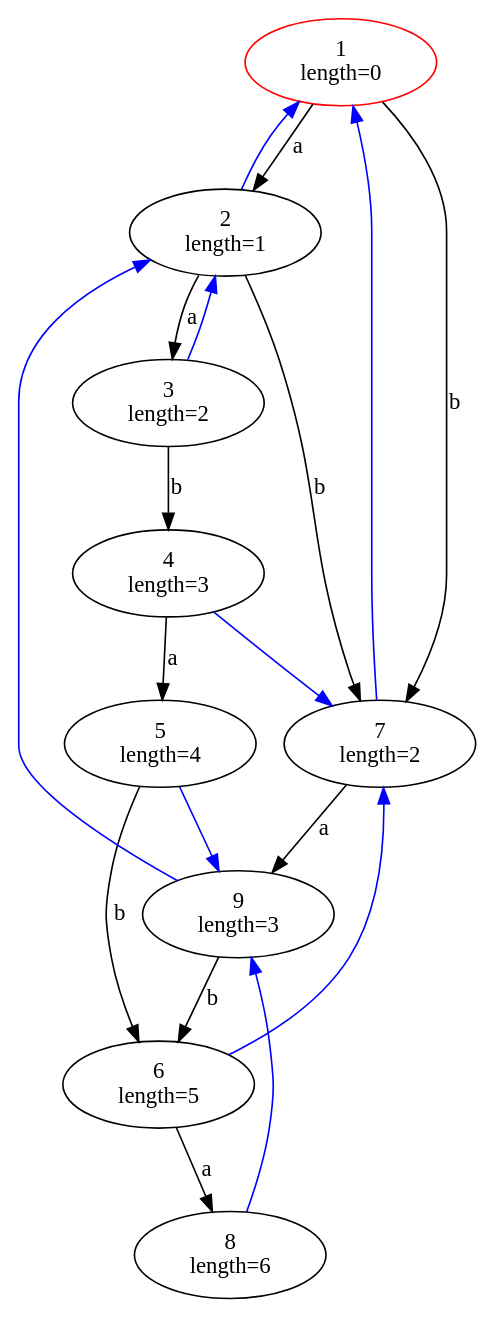
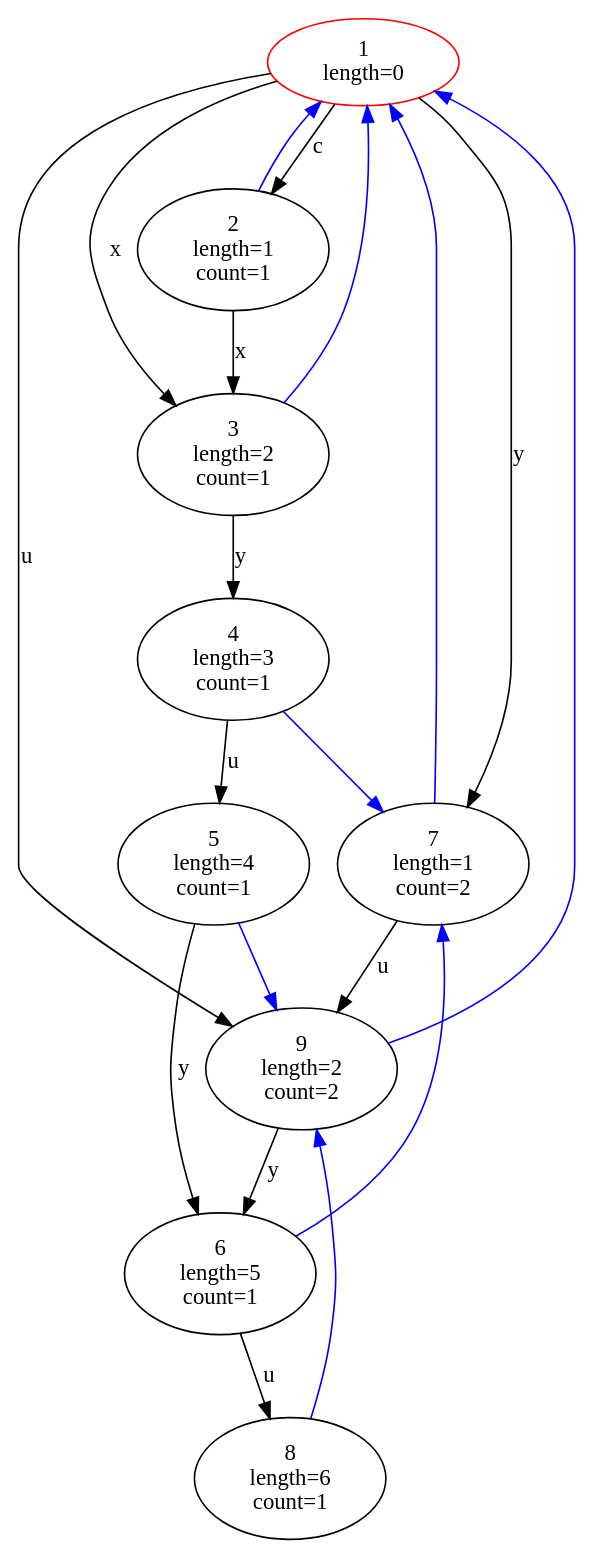
The diagram in L3 - SAM - fjy/test.md (fjy666/OIerChatShare), drawn with Graphviz before and after one commit. The commit also changed 15 other files, not shown here.

````diff
--- a/L3 - SAM - fjy/test.md
+++ b/L3 - SAM - fjy/test.md
@@ -1,32 +1,33 @@
 ```dot
 digraph {
   1 [color=red];
   1 [label="1\nlength=0"];
-  1 -> 2 [label="a"];
-  1 -> 7 [label="b"];
-  2 [label="2\nlength=1"];
+  1 -> 2 [label="c"];
+  1 -> 3 [label="x"];
+  1 -> 7 [label="y"];
+  1 -> 9 [label="u"];
+  2 [label="2\nlength=1\ncount=1"];
   2 -> 1 [color=blue];
-  2 -> 3 [label="a"];
-  2 -> 7 [label="b"];
-  3 [label="3\nlength=2"];
-  3 -> 2 [color=blue];
-  3 -> 4 [label="b"];
-  4 [label="4\nlength=3"];
+  2 -> 3 [label="x"];
+  3 [label="3\nlength=2\ncount=1"];
+  3 -> 1 [color=blue];
+  3 -> 4 [label="y"];
+  4 [label="4\nlength=3\ncount=1"];
   4 -> 7 [color=blue];
-  4 -> 5 [label="a"];
-  5 [label="5\nlength=4"];
+  4 -> 5 [label="u"];
+  5 [label="5\nlength=4\ncount=1"];
   5 -> 9 [color=blue];
-  5 -> 6 [label="b"];
-  6 [label="6\nlength=5"];
+  5 -> 6 [label="y"];
+  6 [label="6\nlength=5\ncount=1"];
   6 -> 7 [color=blue];
-  6 -> 8 [label="a"];
-  7 [label="7\nlength=2"];
+  6 -> 8 [label="u"];
+  7 [label="7\nlength=1\ncount=2"];
   7 -> 1 [color=blue];
-  7 -> 9 [label="a"];
-  8 [label="8\nlength=6"];
+  7 -> 9 [label="u"];
+  8 [label="8\nlength=6\ncount=1"];
   8 -> 9 [color=blue];
-  9 [label="9\nlength=3"];
-  9 -> 2 [color=blue];
-  9 -> 6 [label="b"];
+  9 [label="9\nlength=2\ncount=2"];
+  9 -> 1 [color=blue];
+  9 -> 6 [label="y"];
 }
 ```
````
